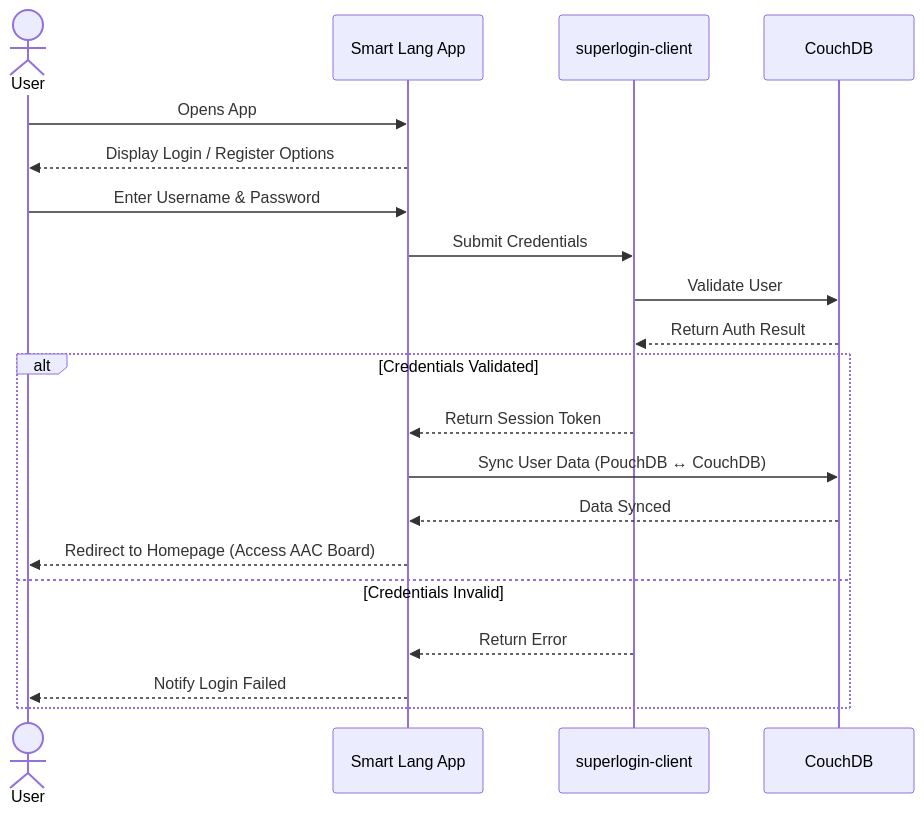
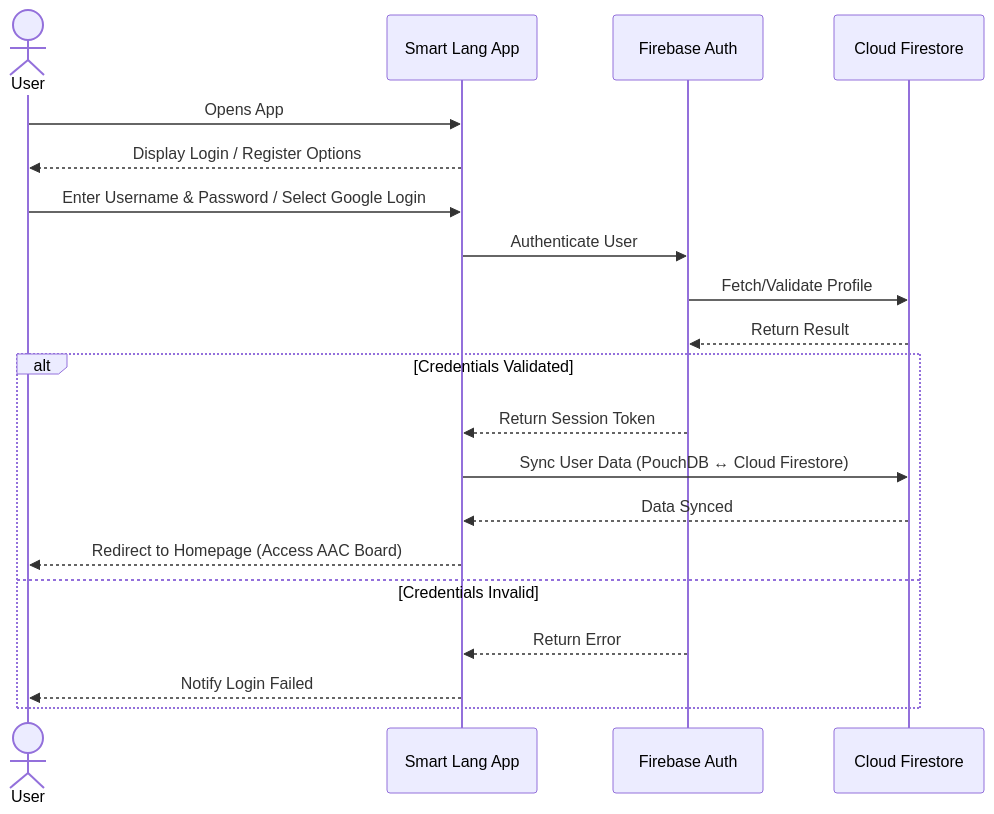
One commit to Capstone-Projects-2026-spring/project-smart-lang changed the first of 8 diagrams in WipChangesSpecificDocumentation/docs/system-architecture/sequence-diagrams.md. Above: the diagram before and after it, drawn with Mermaid. The commit also changed other lines of this file and 10 other files, not shown here.

````diff
--- a/WipChangesSpecificDocumentation/docs/system-architecture/sequence-diagrams.md
+++ b/WipChangesSpecificDocumentation/docs/system-architecture/sequence-diagrams.md
@@ -10,24 +10,24 @@
 ```mermaid
 sequenceDiagram
     actor User
     participant App as Smart Lang App
-    participant Auth as superlogin-client
-    participant DB as CouchDB
+    participant Auth as Firebase Auth
+    participant DB as Cloud Firestore
 
     User->>App: Opens App
     App-->>User: Display Login / Register Options
-    User->>App: Enter Username & Password
-    App->>Auth: Submit Credentials
-    Auth->>DB: Validate User
-    DB-->>Auth: Return Auth Result
+    User->>App: Enter Username & Password / Select Google Login
+    App->>Auth: Authenticate User
+    Auth->>DB: Fetch/Validate Profile
+    DB-->>Auth: Return Result
 
     alt Credentials Validated
         Auth-->>App: Return Session Token
-        App->>DB: Sync User Data (PouchDB ↔ CouchDB)
+        App->>DB: Sync User Data (PouchDB ↔ Cloud Firestore)
         DB-->>App: Data Synced
         App-->>User: Redirect to Homepage (Access AAC Board)
     else Credentials Invalid
         Auth-->>App: Return Error
         App-->>User: Notify Login Failed
     end
 ```
````
